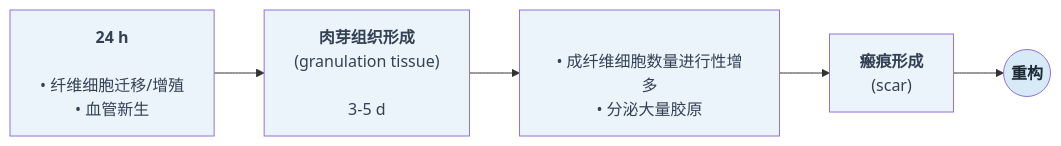
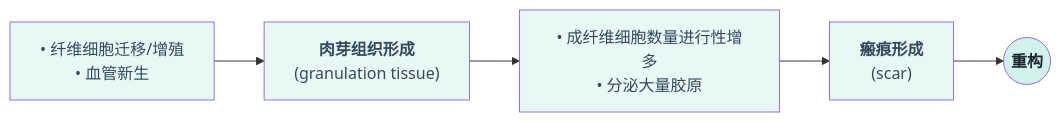
Before and after one commit to Raymon-Lyu/Veterinary-Medicine: the diagram in 病理解剖学/第二章 损伤的修复.md, drawn with Mermaid. The commit also changed other lines of this file and 1 other file, not shown here.

````diff
--- a/病理解剖学/第二章 损伤的修复.md
+++ b/病理解剖学/第二章 损伤的修复.md
@@ -40,13 +40,13 @@
 ```mermaid
 graph LR
-    A["<b>24 h</b><br><br>• 纤维细胞迁移/增殖<br>• 血管新生"] --> B["<b>肉芽组织形成</b><br>(granulation tissue)<br><br>3-5 d"]
-    B --> C[" <br>• 成纤维细胞数量进行性增多<br>• 分泌大量胶原"]
+    A["• 纤维细胞迁移/增殖<br>• 血管新生"] --> B["<b>肉芽组织形成</b><br>(granulation tissue)"]
+    B --> C["• 成纤维细胞数量进行性增多<br>• 分泌大量胶原"]
     C --> D["<b>瘢痕形成</b><br>(scar)"]
     D --> E(("<b>重构</b>"))
 
-    style A fill:#EBF4FA,color:#334155
-    style B fill:#EBF4FA,color:#334155
-    style C fill:#EBF4FA,color:#334155
-    style D fill:#EBF4FA,color:#334155
-    style E fill:#D6EAF8,color:#1C2833
+    style A fill:#E8F8F5,color:#34495E
+    style B fill:#E8F8F5,color:#34495E
+    style C fill:#E8F8F5,color:#34495E
+    style D fill:#E8F8F5,color:#34495E
+    style E fill:#D1F2EB,color:#1B2631
 ```
````
